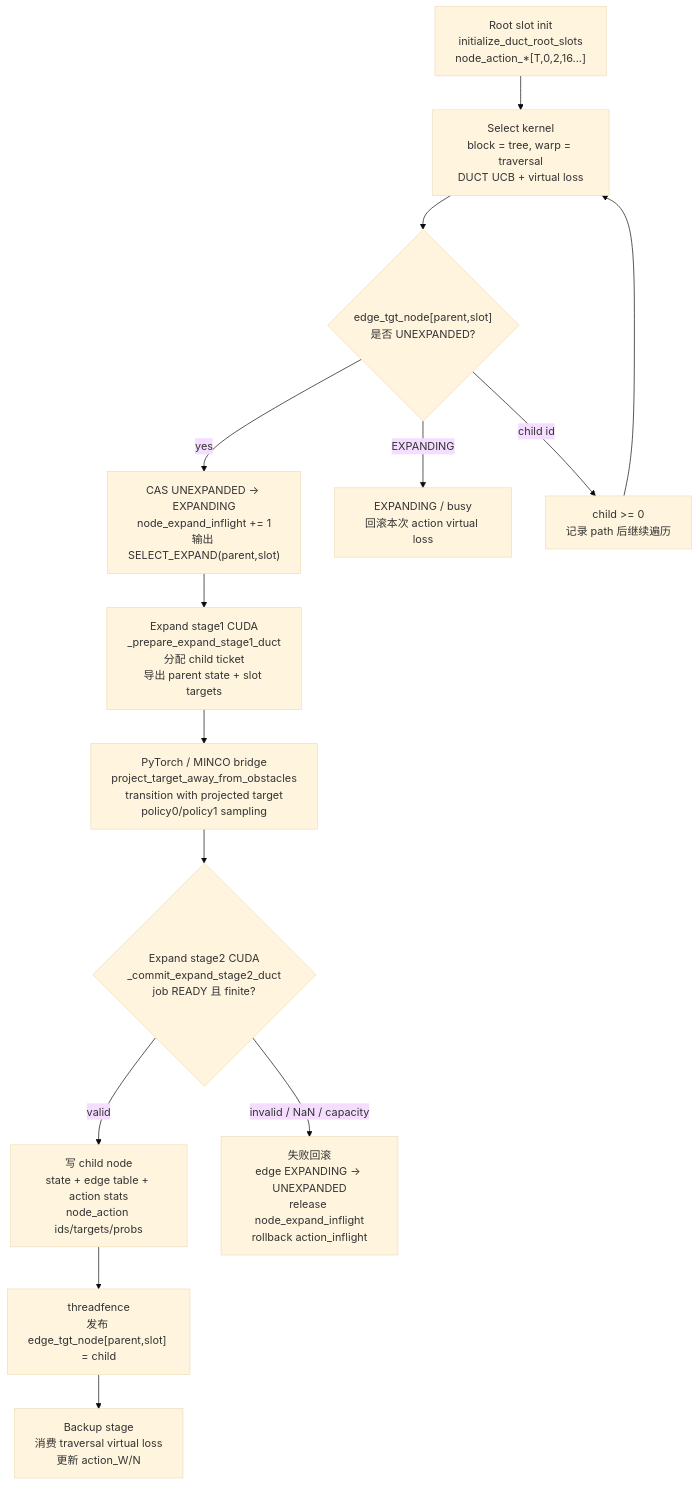
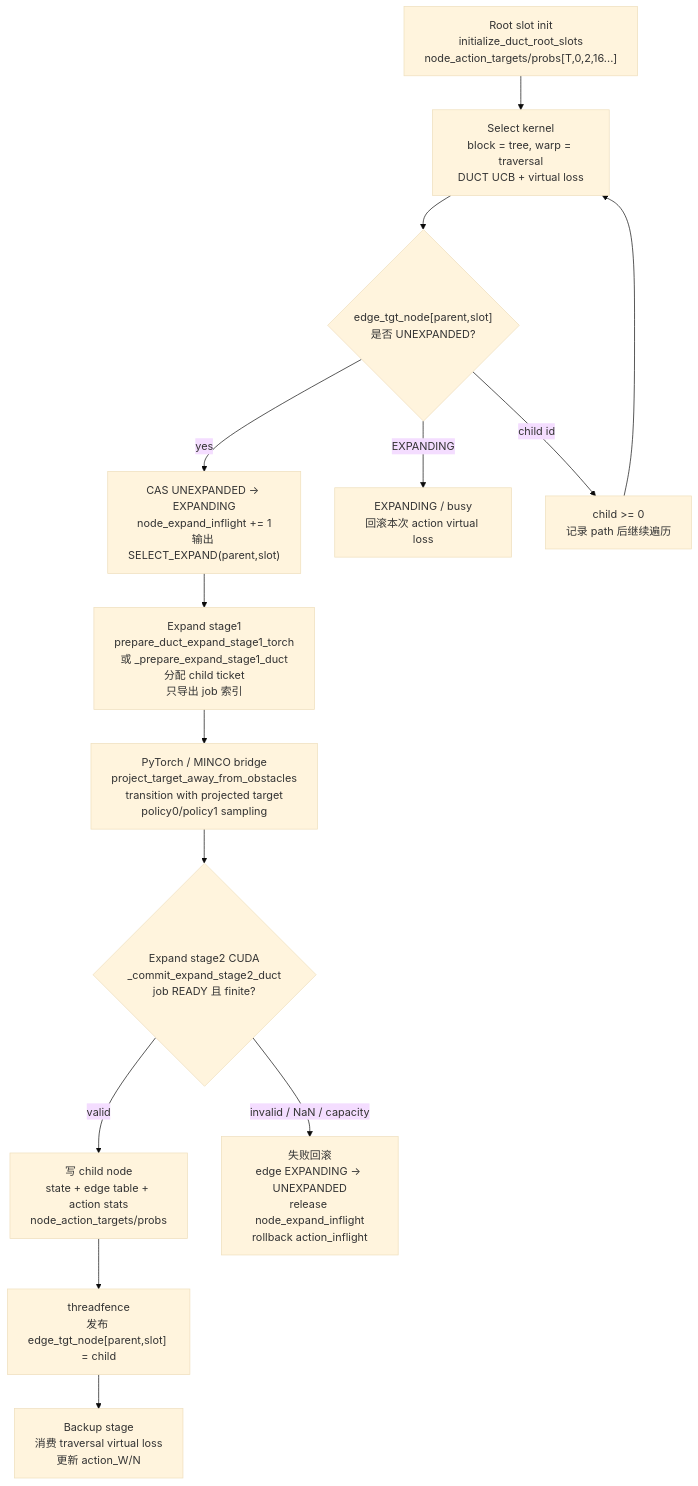
One commit to MarkJoson/mcts_numba_cuda changed the first of 6 diagrams in gpu_mcts_kernel_design_principles.md. Above: the diagram before and after it, drawn with Mermaid (base theme). The commit also changed other lines of this file and 5 other files, not shown here.

Commit message:
删除node_expand,node_action_ids，select内增加节点数量溢出检测，为之后的page node做准备。

````diff
--- a/gpu_mcts_kernel_design_principles.md
+++ b/gpu_mcts_kernel_design_principles.md
@@ -329,26 +329,26 @@
 ```mermaid
 flowchart TD
-    ROOT["Root slot init<br/>initialize_duct_root_slots<br/>node_action_*[T,0,2,16...]"]
+    ROOT["Root slot init<br/>initialize_duct_root_slots<br/>node_action_targets/probs[T,0,2,16...]"]
     SELECT["Select kernel<br/>block = tree, warp = traversal<br/>DUCT UCB + virtual loss"]
     CLAIM{"edge_tgt_node[parent,slot]<br/>是否 UNEXPANDED?"}
     CAS["CAS UNEXPANDED -> EXPANDING<br/>node_expand_inflight += 1<br/>输出 SELECT_EXPAND(parent,slot)"]
     BUSY["EXPANDING / busy<br/>回滚本次 action virtual loss"]
     DESCEND["child >= 0<br/>记录 path 后继续遍历"]
 
-    STAGE1["Expand stage1 CUDA<br/>_prepare_expand_stage1_duct<br/>分配 child ticket<br/>导出 parent state + slot targets"]
+    STAGE1["Expand stage1<br/>prepare_duct_expand_stage1_torch<br/>或 _prepare_expand_stage1_duct<br/>分配 child ticket<br/>只导出 job 索引"]
     PY["PyTorch / MINCO bridge<br/>project_target_away_from_obstacles<br/>transition with projected target<br/>policy0/policy1 sampling"]
     STAGE2{"Expand stage2 CUDA<br/>_commit_expand_stage2_duct<br/>job READY 且 finite?"}
-    COMMIT["写 child node<br/>state + edge table + action stats<br/>node_action ids/targets/probs"]
+    COMMIT["写 child node<br/>state + edge table + action stats<br/>node_action_targets/probs"]
     FENCE["threadfence<br/>发布 edge_tgt_node[parent,slot] = child"]
     FAIL["失败回滚<br/>edge EXPANDING -> UNEXPANDED<br/>release node_expand_inflight<br/>rollback action_inflight"]
     BACKUP["Backup stage<br/>消费 traversal virtual loss<br/>更新 action_W/N"]
 
     ROOT --> SELECT
     SELECT --> CLAIM
     CLAIM -->|yes| CAS --> STAGE1
     CLAIM -->|EXPANDING| BUSY
     CLAIM -->|child id| DESCEND --> SELECT
     STAGE1 --> PY --> STAGE2
     STAGE2 -->|valid| COMMIT --> FENCE --> BACKUP
     STAGE2 -->|invalid / NaN / capacity| FAIL
 ```
````
